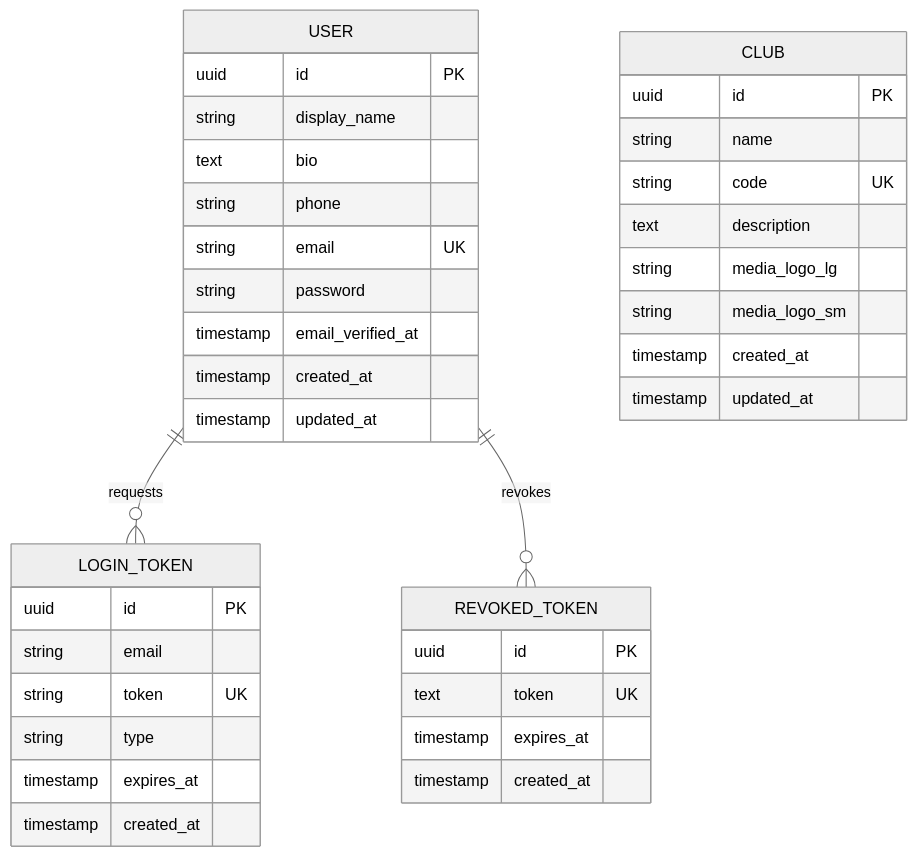
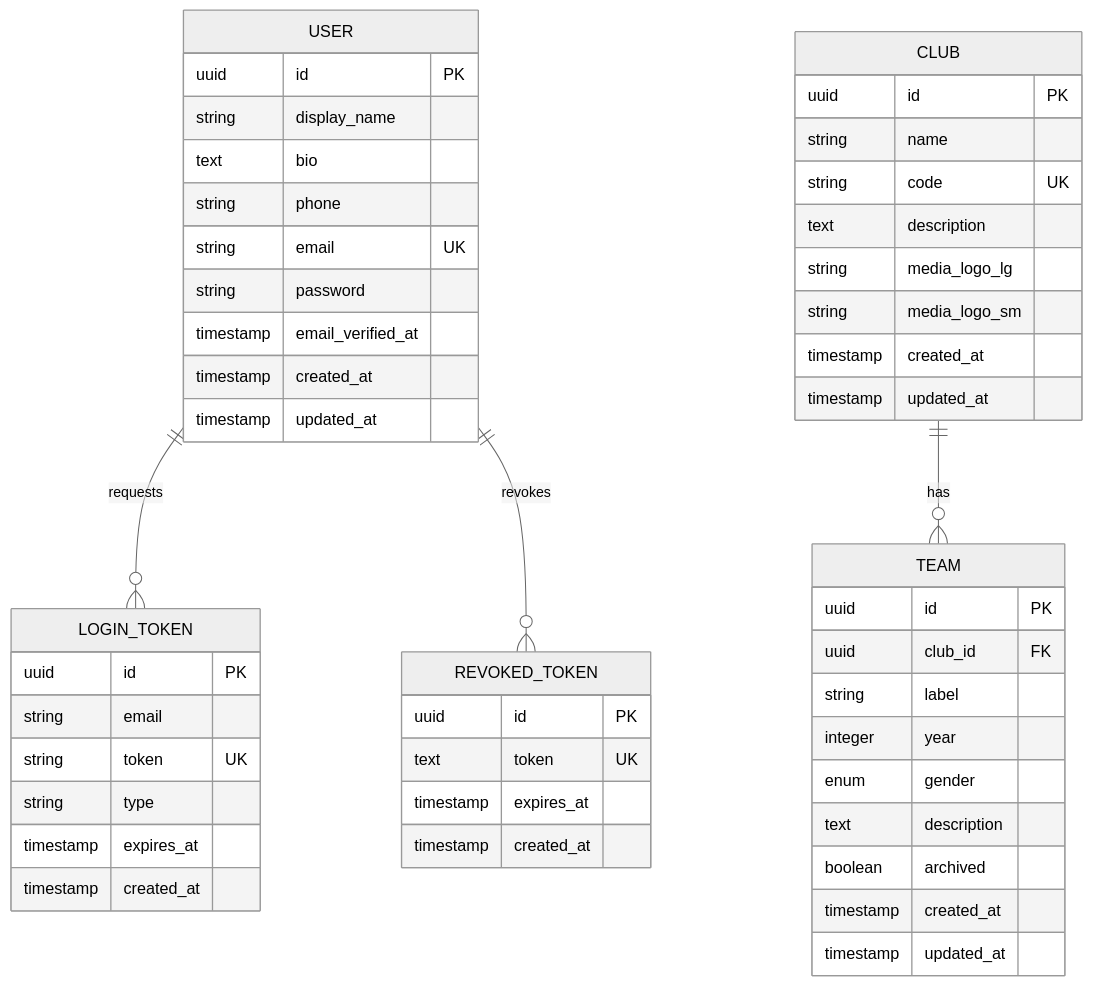
The diagram in database-diagram.mermaid (antoinefricker/u-club), drawn with Mermaid (neutral theme) before and after one commit. The commit also changed 1 other file, not shown here.

Commit message:
feat: add teams table migration and update diagram

```diff
--- a/database-diagram.mermaid
+++ b/database-diagram.mermaid
@@ -1,44 +1,57 @@
 erDiagram
     USER {
         uuid id PK
         string display_name
         text bio
         string phone
         string email UK
         string password
         timestamp email_verified_at
         timestamp created_at
         timestamp updated_at
     }
 
     LOGIN_TOKEN {
         uuid id PK
         string email
         string token UK
         string type
         timestamp expires_at
         timestamp created_at
     }
 
     CLUB {
         uuid id PK
         string name
         string code UK
         text description
         string media_logo_lg
         string media_logo_sm
         timestamp created_at
         timestamp updated_at
     }
 
+    TEAM {
+        uuid id PK
+        uuid club_id FK
+        string label
+        integer year
+        enum gender
+        text description
+        boolean archived
+        timestamp created_at
+        timestamp updated_at
+    }
+
     REVOKED_TOKEN {
         uuid id PK
         text token UK
         timestamp expires_at
         timestamp created_at
     }
 
     %% ── Relationships ────────────────────────────────────
 
     USER          ||--o{ LOGIN_TOKEN        : "requests"
     USER          ||--o{ REVOKED_TOKEN      : "revokes"
+    CLUB          ||--o{ TEAM               : "has"
```
